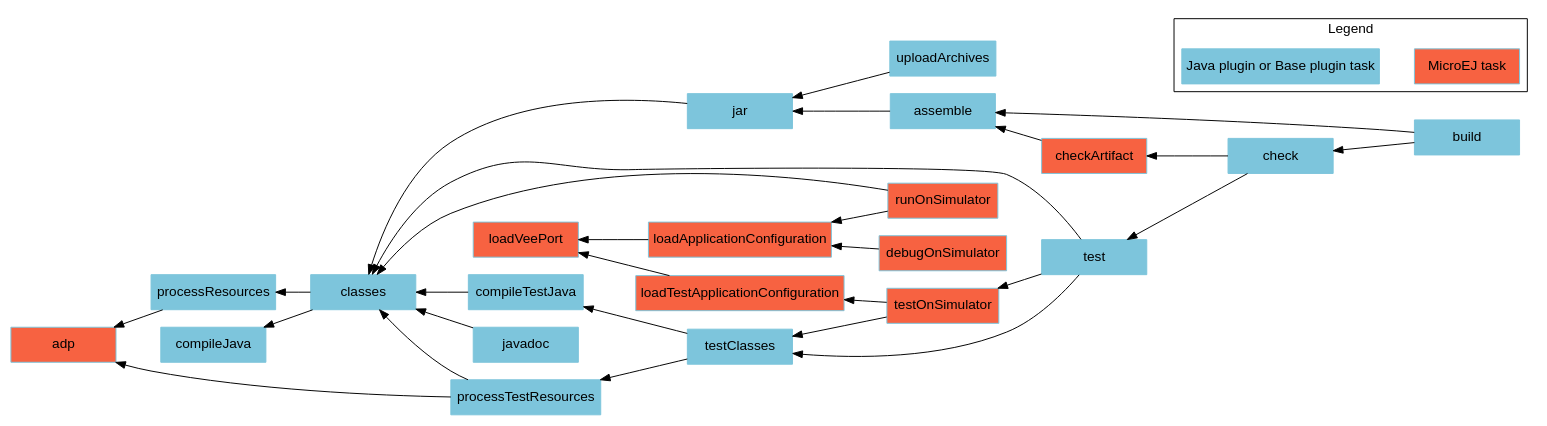
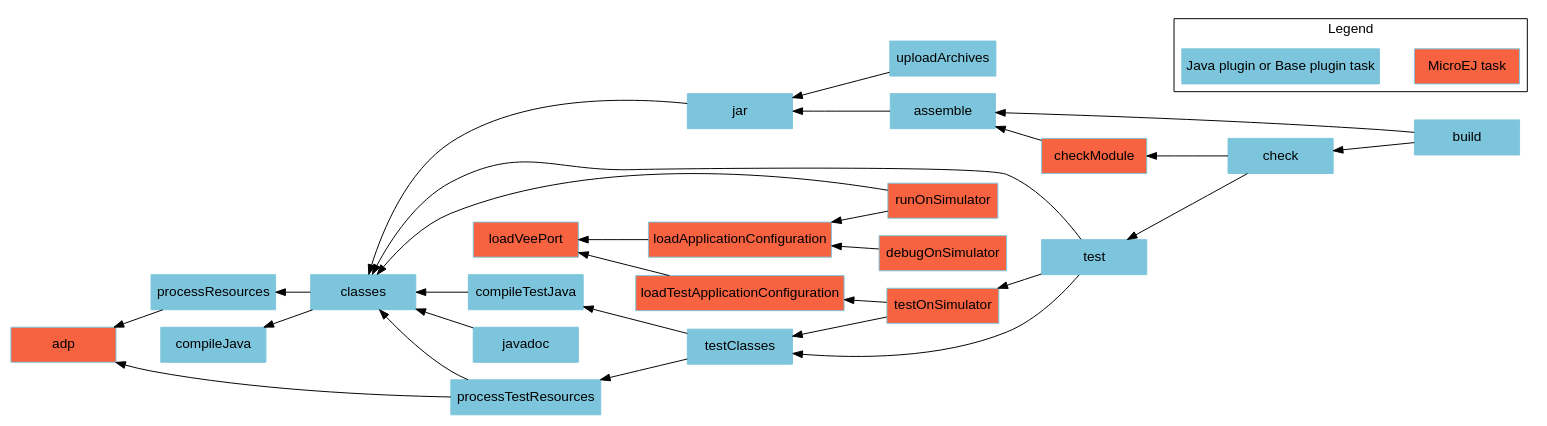
One commit to MicroEJ/docs changed the diagram in SDK6UserGuide/graphJavaModule.dot. Above: the diagram before and after it, drawn with Graphviz. The commit also changed 1 other file, not shown here.

Commit message:
Remove the runArtifactChecker property

```diff
--- a/SDK6UserGuide/graphJavaModule.dot
+++ b/SDK6UserGuide/graphJavaModule.dot
@@ -1,55 +1,55 @@
 digraph mygraph {
     rankdir="RL";
     fontname="Helvetica,Arial,sans-serif"
     node [
         shape = box
         width = 1.5
         color = "#7dc5dc"
         style = filled
         fontname="Helvetica,Arial,sans-serif"
     ]
     edge [fontname="Helvetica,Arial,sans-serif"]
     "adp" [fillcolor = "#f76241"]
-    "checkArtifact" [fillcolor = "#f76241"]
+    "checkModule" [fillcolor = "#f76241"]
     "loadVeePort" [fillcolor = "#f76241"]
     "loadApplicationConfiguration" [fillcolor = "#f76241"]
     "loadTestApplicationConfiguration" [fillcolor = "#f76241"]
     "runOnSimulator" [fillcolor = "#f76241"]
     "debugOnSimulator" [fillcolor = "#f76241"]
     "testOnSimulator" [fillcolor = "#f76241"]
     "build" -> "check"
     "check" -> "test"
     "test" -> "testOnSimulator"
     "test" -> "classes"
     "test" -> "testClasses"
     "testOnSimulator" -> "testClasses"
     "testOnSimulator" -> "loadTestApplicationConfiguration"
     "testClasses" -> "compileTestJava"
     "testClasses" -> "processTestResources"
     "loadTestApplicationConfiguration" -> "loadVeePort"
     "processResources" -> "adp"
     "processTestResources" -> "adp"
     "processTestResources" -> "classes"
     "compileTestJava" -> "classes"
     "javadoc" -> "classes"
     "classes" -> "compileJava"
     "classes" -> "processResources"
     "build" -> "assemble"
     "assemble" -> "jar"
     "uploadArchives" -> "jar"
     "jar" -> "classes"
     "runOnSimulator" -> "classes"
     "runOnSimulator" -> "loadApplicationConfiguration"
     "debugOnSimulator" -> "loadApplicationConfiguration"
     "loadApplicationConfiguration" -> "loadVeePort"
-    "checkArtifact" -> "assemble"
-    "check" -> "checkArtifact"
+    "checkModule" -> "assemble"
+    "check" -> "checkModule"
 
     subgraph cluster_legend {
         label="Legend";
         microej [fillcolor="#f76241" label="MicroEJ task"];
         java [fillcolor="#7dc5dc" label="Java plugin or Base plugin task"];
         microej -> java [style=invis];
         java -> microej [style=invis];
     }
 }
```
